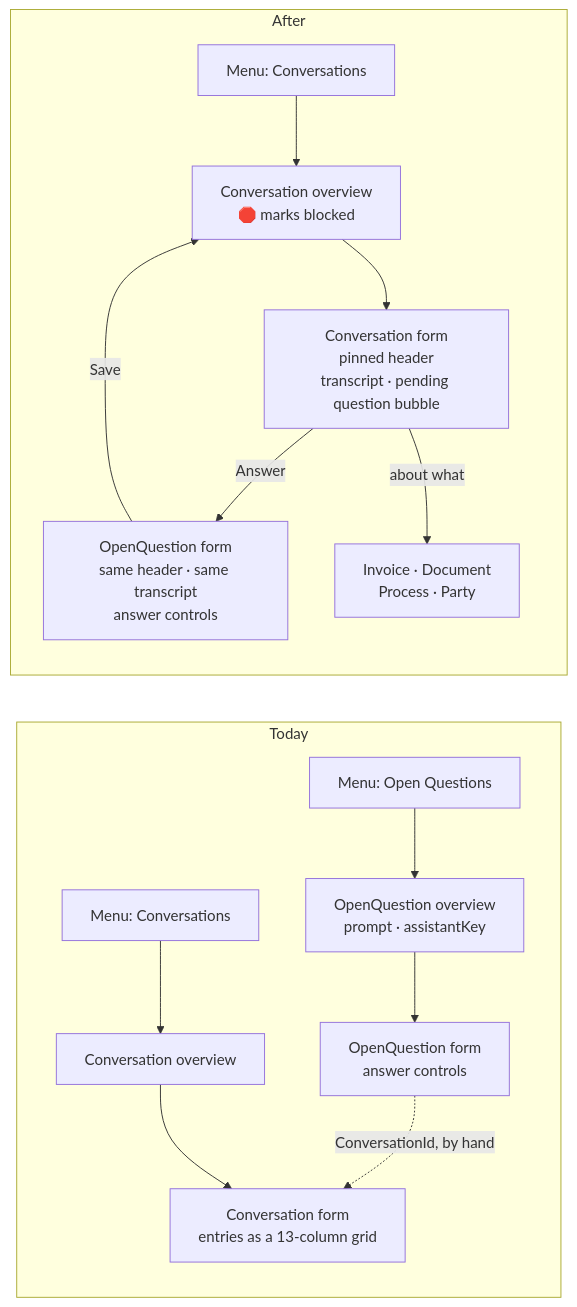
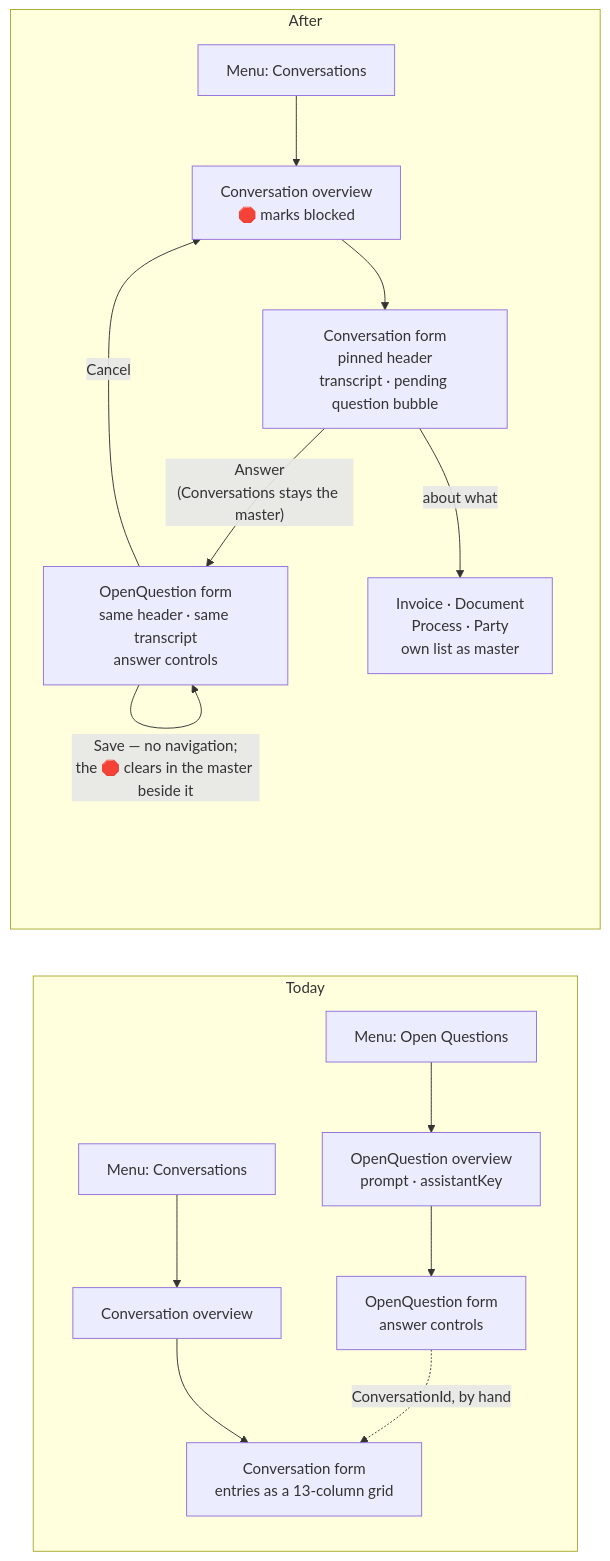
One commit to tillg/assistants changed the first of 2 diagrams in specs/changes/ui-for-conversation-and-question/proposal.md. Above: the diagram before and after it, drawn with Mermaid. The commit also changed other lines of this file and 2 other files, not shown here.

````diff
--- a/specs/changes/ui-for-conversation-and-question/proposal.md
+++ b/specs/changes/ui-for-conversation-and-question/proposal.md
@@ -47,19 +47,20 @@
 ```mermaid
 flowchart LR
     subgraph before["Today"]
         direction TB
         M1["Menu: Open Questions"] --> OQ1["OpenQuestion overview<br/>prompt · assistantKey"]
         OQ1 --> OQF1["OpenQuestion form<br/>answer controls"]
         M2["Menu: Conversations"] --> C1["Conversation overview"]
         C1 --> CF1["Conversation form<br/>entries as a 13-column grid"]
         OQF1 -. "ConversationId, by hand" .-> CF1
     end
     subgraph after["After"]
         direction TB
         M3["Menu: Conversations"] --> C2["Conversation overview<br/>🛑 marks blocked"]
         C2 --> CF2["Conversation form<br/>pinned header<br/>transcript · pending question bubble"]
-        CF2 -- "Answer" --> OQF2["OpenQuestion form<br/>same header · same transcript<br/>answer controls"]
-        OQF2 -- "Save" --> C2
-        CF2 -- "about what" --> SUB["Invoice · Document<br/>Process · Party"]
+        CF2 -- "Answer<br/>(Conversations stays the master)" --> OQF2["OpenQuestion form<br/>same header · same transcript<br/>answer controls"]
+        OQF2 -- "Save — no navigation;<br/>the 🛑 clears in the master beside it" --> OQF2
+        OQF2 -- "Cancel" --> C2
+        CF2 -- "about what" --> SUB["Invoice · Document<br/>Process · Party<br/>own list as master"]
     end
 ```
````
